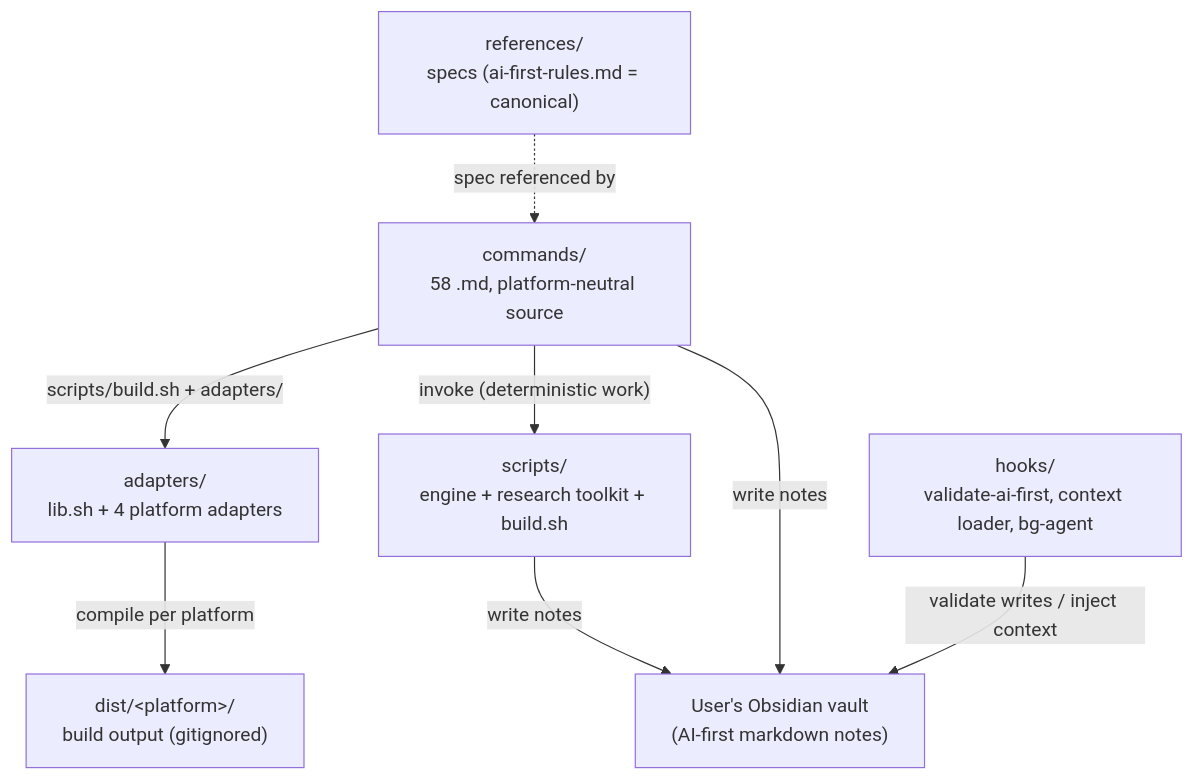
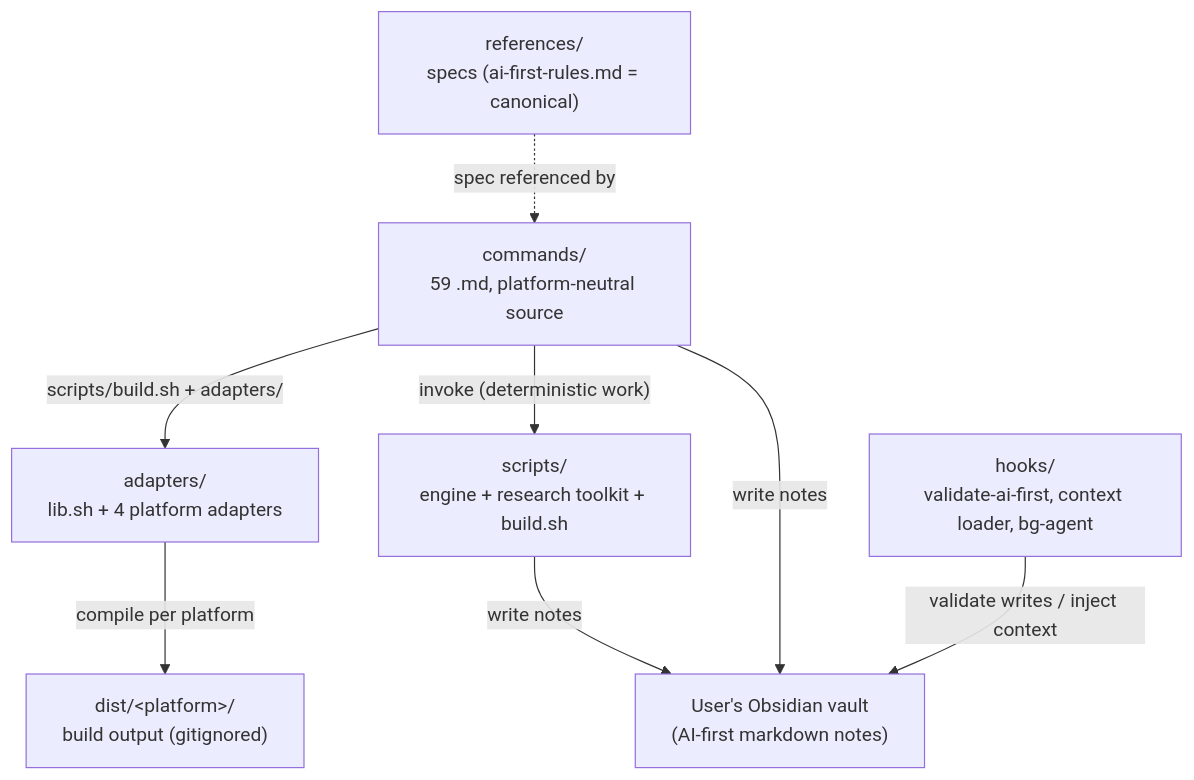
Before and after one commit to hrrrb408/Intellect_Evolution_Hub: the diagram in architecture.md, drawn with Mermaid. The commit also changed other lines of this file and 7 other files, not shown here.

````diff
--- a/architecture.md
+++ b/architecture.md
@@ -71,18 +71,18 @@
 ```mermaid
 graph TD
   REF["references/<br/>specs (ai-first-rules.md = canonical)"]
-  CMD["commands/<br/>58 .md, platform-neutral source"]
+  CMD["commands/<br/>59 .md, platform-neutral source"]
   SCR["scripts/<br/>engine + research toolkit + build.sh"]
   ADP["adapters/<br/>lib.sh + 4 platform adapters"]
   HK["hooks/<br/>validate-ai-first, context loader, bg-agent"]
   DIST["dist/&lt;platform&gt;/<br/>build output (gitignored)"]
   VAULT["User's Obsidian vault<br/>(AI-first markdown notes)"]
 
   REF -. spec referenced by .-> CMD
   CMD -- "scripts/build.sh + adapters/" --> ADP
   ADP -- "compile per platform" --> DIST
   CMD -- "invoke (deterministic work)" --> SCR
   SCR -- "write notes" --> VAULT
   CMD -- "write notes" --> VAULT
   HK -- "validate writes / inject context" --> VAULT
 ```
````
